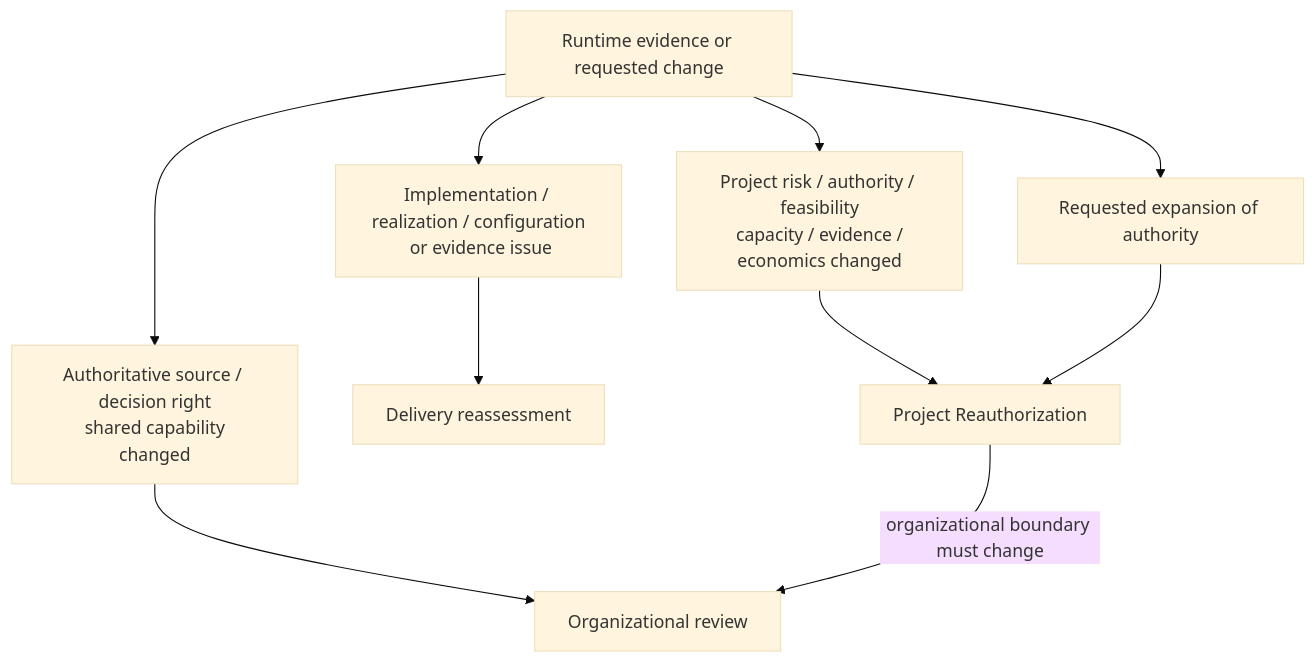
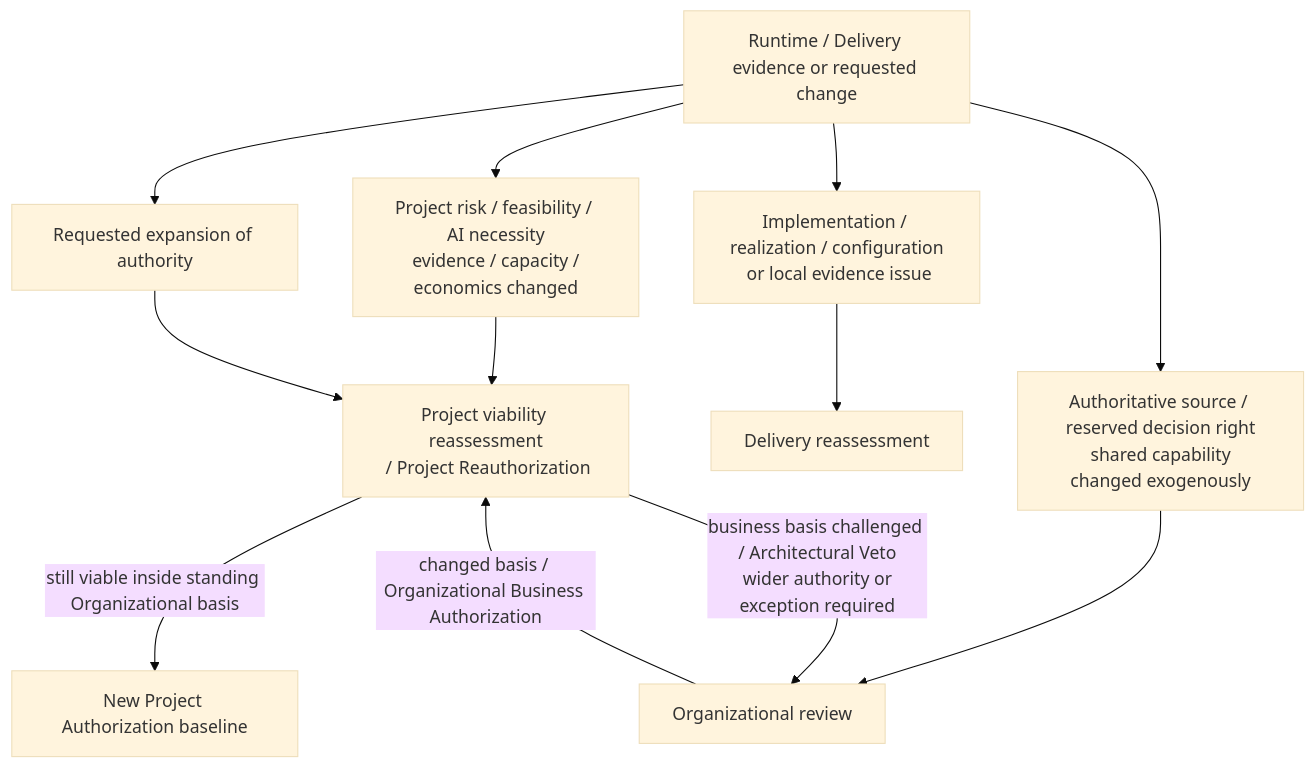
One commit to UncertaintyArchitectureGroup/uncertainty-architecture changed diagram 14 of 15 in content/research/notes/open-engineering-specification-article-draft.md. Above: the diagram before and after it, drawn with Mermaid (base theme). The commit also changed other lines of this file, not shown here.

Commit message:
docs(article): rewrite section 4 decision ownership model

````diff
--- a/content/research/notes/open-engineering-specification-article-draft.md
+++ b/content/research/notes/open-engineering-specification-article-draft.md
@@ -820,14 +823,16 @@
 ```mermaid
 flowchart TB
-    E["Runtime evidence or requested change"]
-    L["Implementation / realization / configuration<br/> or evidence issue"]
-    P["Project risk / authority / feasibility<br/> capacity / evidence / economics changed"]
-    O["Authoritative source / decision right<br/> shared capability changed"]
+    E["Runtime / Delivery evidence or requested change"]
+    L["Implementation / realization / configuration<br/> or local evidence issue"]
+    P["Project risk / feasibility / AI necessity<br/> evidence / capacity / economics changed"]
+    O["Authoritative source / reserved decision right<br/> shared capability changed exogenously"]
     X["Requested expansion of authority"]
 
     E --> L --> D["Delivery reassessment"]
-    E --> P --> PR["Project Reauthorization"]
+    E --> P --> PR["Project viability reassessment<br/> / Project Reauthorization"]
     E --> O --> OR["Organizational review"]
     E --> X --> PR
-    PR -->|organizational boundary must change| OR
+    PR -->|still viable inside standing Organizational basis| PA["New Project Authorization baseline"]
+    PR -->|business basis challenged / Architectural Veto<br/> wider authority or exception required| OR
+    OR -->|changed basis / Organizational Business Authorization| PR
 ```
````
